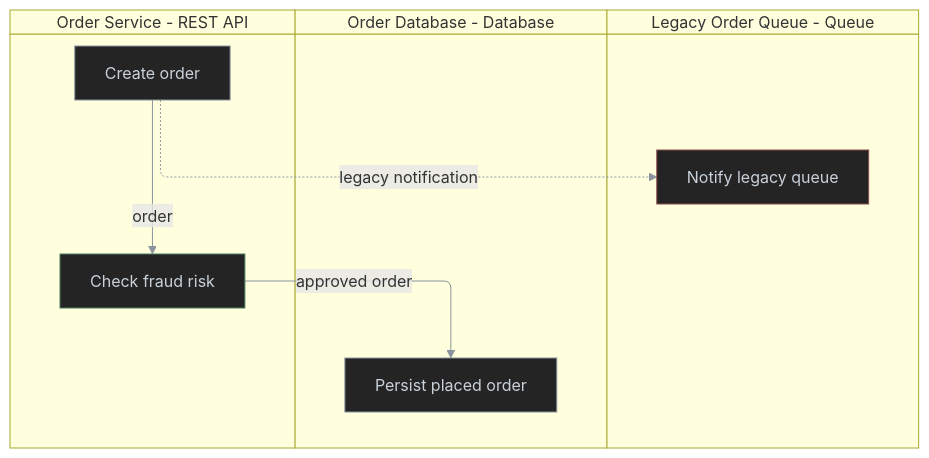
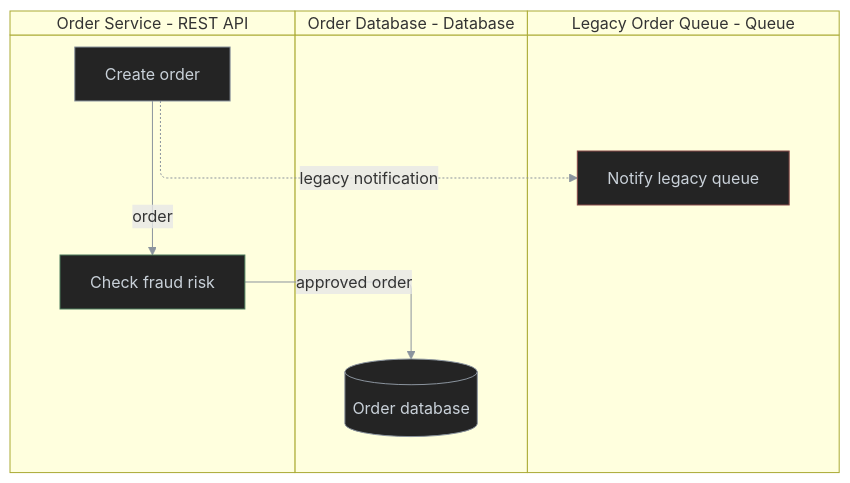
Before and after one commit to antshc/brain: the sixth of 8 diagrams in plugins/wf/skills/behavior-diagram/README.md, drawn with Mermaid. The commit also changed other lines of this file, not shown here.

Commit message:
Extend behavior diagram examples and prompts

````diff
--- a/plugins/wf/skills/behavior-diagram/README.md
+++ b/plugins/wf/skills/behavior-diagram/README.md
@@ -135,29 +179,29 @@
 ```mermaid
 %%{init: {'themeVariables': {'lineColor': '#8b949e'}}}%%
 swimlane-beta TB
   accTitle: Order fulfillment responsibility changes
   accDescr: Adds fraud validation before persistence and removes the legacy queue handoff.
 
   subgraph restApi [Order Service - REST API]
     createOrder[Create order]
     fraudCheck[Check fraud risk]
   end
 
   subgraph database [Order Database - Database]
-    persistOrder[Persist placed order]
+    persistOrder[(Order database)]
   end
 
   subgraph legacyQueue [Legacy Order Queue - Queue]
     notifyLegacy[Notify legacy queue]
   end
 
   createOrder -->|order| fraudCheck
   fraudCheck -->|approved order| persistOrder
   createOrder -.->|legacy notification| notifyLegacy
 
   classDef default fill:#242424,stroke:#8b949e,color:#c9d1d9,stroke-width:1px
   classDef added stroke:#4a7a5a,stroke-width:1px
   classDef removed stroke:#8a4a4a,stroke-width:1px
   class fraudCheck added
   class notifyLegacy removed
 ```
````
